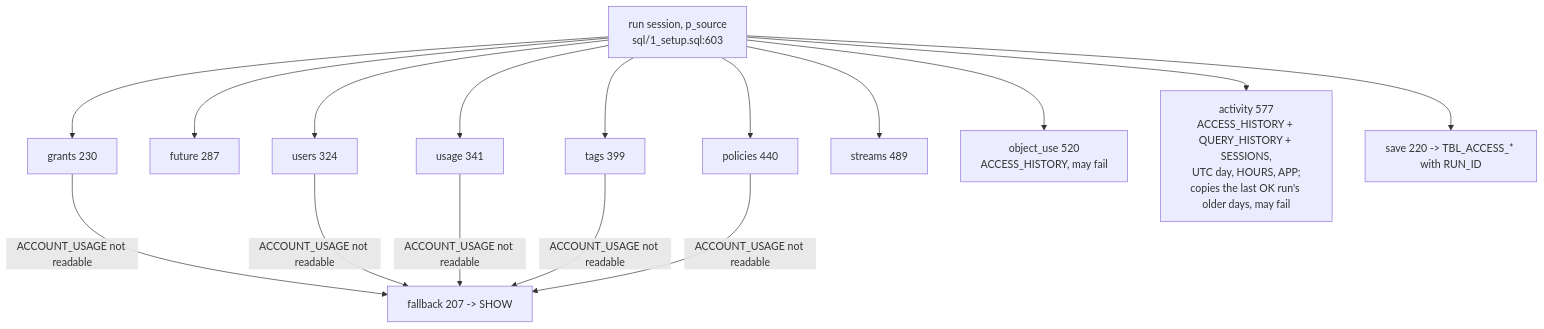
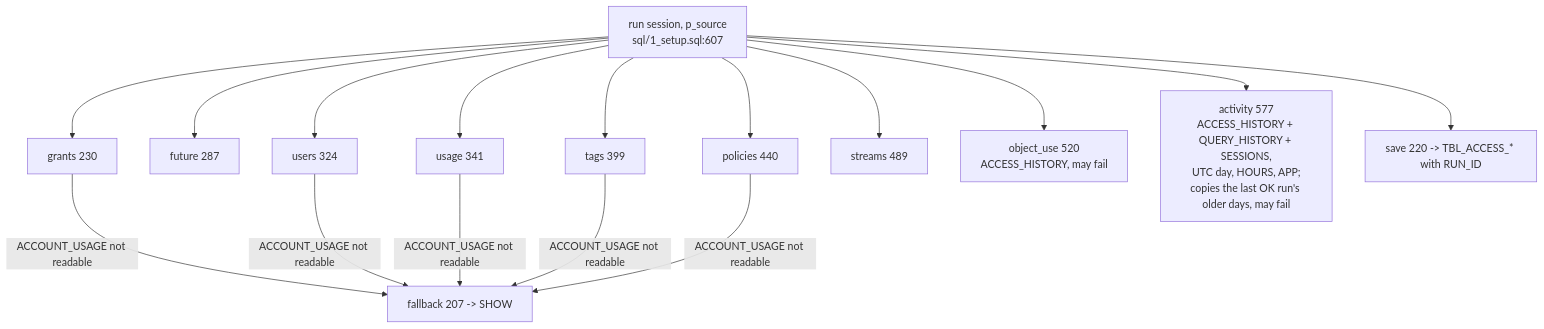
One commit to darshanmeel/snowflake-access-explorer changed the second of 2 diagrams in snowflake-access-explorer-knowledge-graph/modules/sql.md. Above: the diagram before and after it, drawn with Mermaid. The commit also changed other lines of this file and 73 other files, not shown here.

Commit message:
Knowledge graph: review fixes (escaped SQL names, CSV head rows, own queries out in Snowflake, UTC window, snapshot re-read, answer cache, docs)

````diff
--- a/snowflake-access-explorer-knowledge-graph/modules/sql.md
+++ b/snowflake-access-explorer-knowledge-graph/modules/sql.md
@@ -49,14 +49,14 @@
 ```mermaid
 flowchart TD
-  RUN[run session, p_source<br/>sql/1_setup.sql:603] --> G[grants 230]
+  RUN[run session, p_source<br/>sql/1_setup.sql:607] --> G[grants 230]
   RUN --> FU[future 287]
   RUN --> U[users 324]
   RUN --> US[usage 341]
   RUN --> TG[tags 399]
   RUN --> PO[policies 440]
   RUN --> STR[streams 489]
   RUN --> OU[object_use 520<br/>ACCESS_HISTORY, may fail]
   RUN --> AC[activity 577<br/>ACCESS_HISTORY + QUERY_HISTORY + SESSIONS,<br/>UTC day, HOURS, APP;<br/>copies the last OK run's older days, may fail]
   G & U & US & TG & PO -->|ACCOUNT_USAGE not readable| FB[fallback 207 -> SHOW]
   RUN --> SV[save 220 -> TBL_ACCESS_* with RUN_ID]
 ```
````
